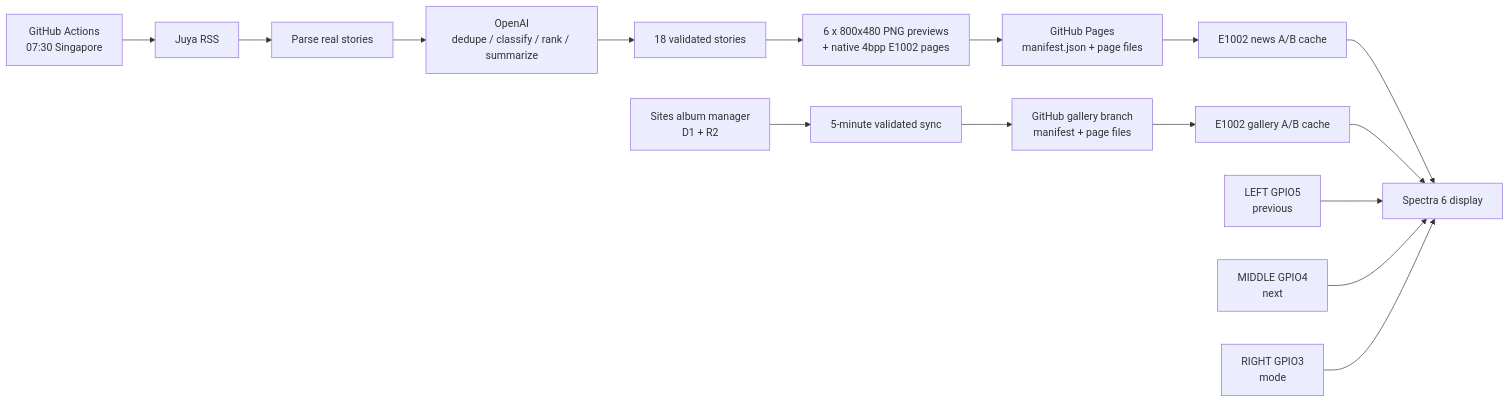
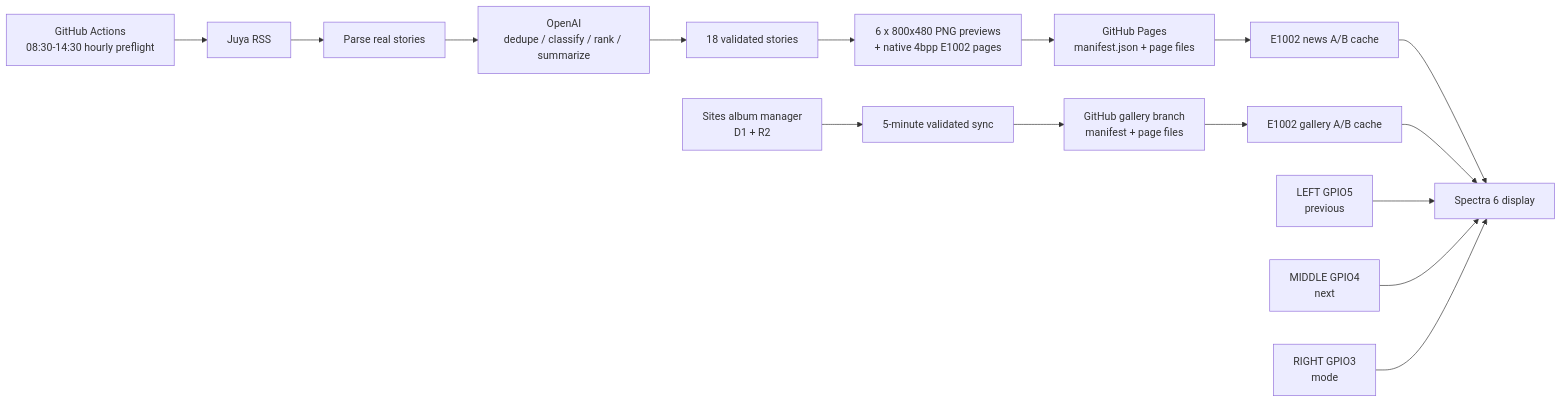
The diagram in README.md (hunter118/e1002-ai-news), drawn with Mermaid before and after one commit. The commit also changed other lines of this file and 3 other files, not shown here.

````diff
--- a/README.md
+++ b/README.md
@@ -7,18 +7,18 @@
 ```mermaid
 flowchart LR
-    A[GitHub Actions<br>07:30 Singapore] --> B[Juya RSS]
+    A[GitHub Actions<br>08:30-14:30 hourly preflight] --> B[Juya RSS]
     B --> C[Parse real stories]
     C --> D[OpenAI<br>dedupe / classify / rank / summarize]
     D --> E[18 validated stories]
     E --> F[6 x 800x480 PNG previews<br>+ native 4bpp E1002 pages]
     F --> G[GitHub Pages<br>manifest.json + page files]
     G --> H[E1002 news A/B cache]
     J[Sites album manager<br>D1 + R2] --> K[5-minute validated sync]
     K --> P[GitHub gallery branch<br>manifest + page files]
     P --> L[E1002 gallery A/B cache]
     H --> I[Spectra 6 display]
     L --> I
     M[LEFT GPIO5<br>previous] --> I
     N[MIDDLE GPIO4<br>next] --> I
     O[RIGHT GPIO3<br>mode] --> I
 ```
````
